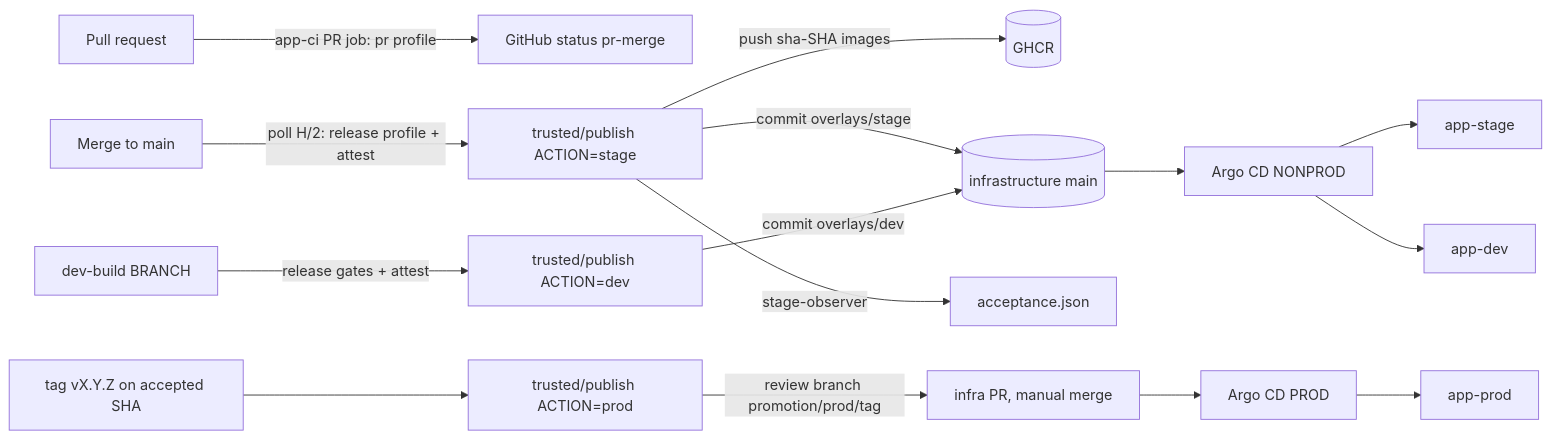
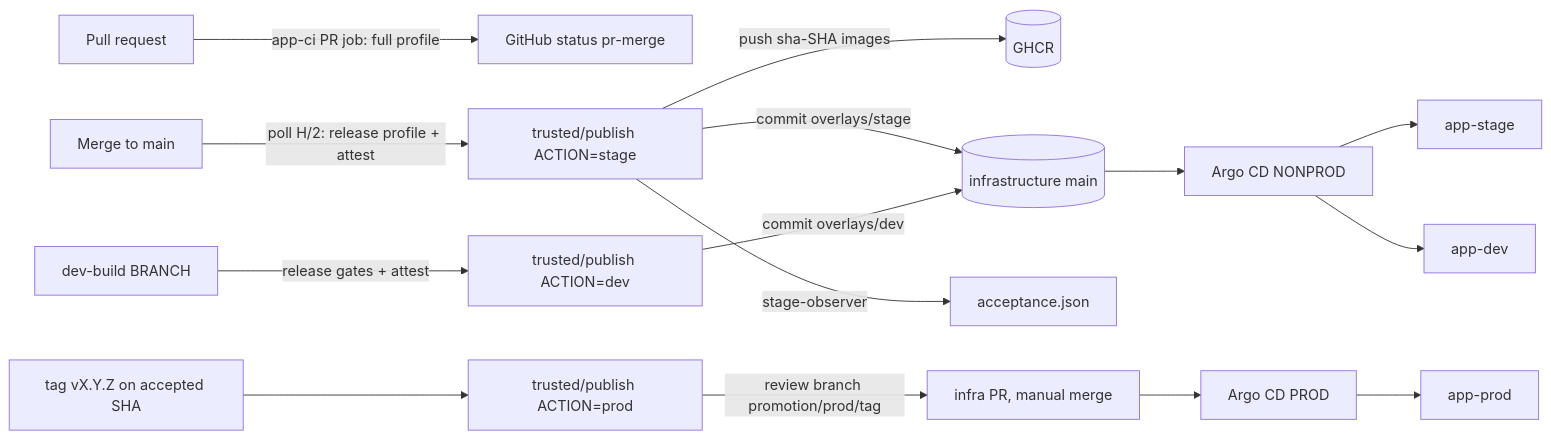
Before and after one commit to fastapi-traefik-devops/fastapi-traefik-liora-infrastructure: the diagram in docs/CI_CD.md, drawn with Mermaid. The commit also changed other lines of this file and 1 other file, not shown here.

First line of the commit message:
docs(ci): pull requests run the full gate set again

````diff
--- a/docs/CI_CD.md
+++ b/docs/CI_CD.md
@@ -9,16 +9,16 @@
 ```mermaid
 flowchart LR
-  PR[Pull request] -->|app-ci PR job: pr profile| Check[GitHub status pr-merge]
+  PR[Pull request] -->|app-ci PR job: full profile| Check[GitHub status pr-merge]
   Main[Merge to main] -->|poll H/2: release profile + attest| Pub1[trusted/publish ACTION=stage]
   Pub1 -->|push sha-SHA images| GHCR[(GHCR)]
   Pub1 -->|commit overlays/stage| Infra[(infrastructure main)]
   Infra --> ArgoN[Argo CD NONPROD]
   ArgoN --> STAGE[app-stage]
   Pub1 -->|stage-observer| Acc[acceptance.json]
   Dev[dev-build BRANCH] -->|release gates + attest| Pub2[trusted/publish ACTION=dev]
   Pub2 -->|commit overlays/dev| Infra
   ArgoN --> DEV[app-dev]
   Rel[tag vX.Y.Z on accepted SHA] --> Pub3[trusted/publish ACTION=prod]
   Pub3 -->|review branch promotion/prod/tag| PRinfra[infra PR, manual merge]
   PRinfra --> ArgoP[Argo CD PROD] --> PROD[app-prod]
 ```
````
